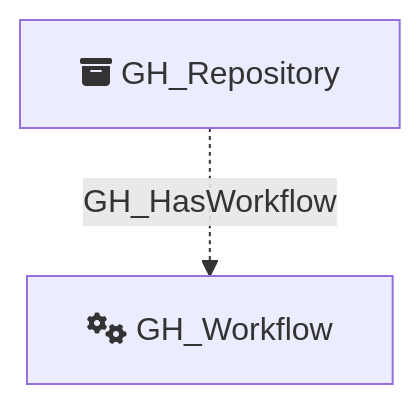
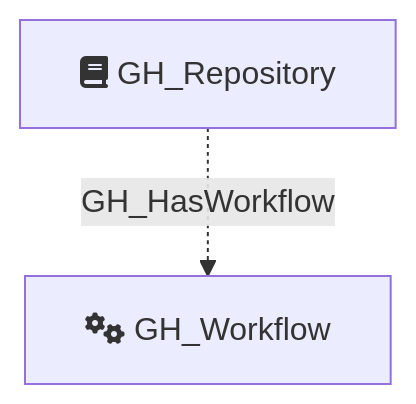
One commit to SpecterOps/GitHound changed the diagram in Documentation/NodeDescriptions/GH_Workflow.md. Above: the diagram before and after it, drawn with Mermaid. The commit also changed 41 other files, not shown here.

Commit message:
Add workflow parser, node/edge docs, icons, and schema updates

````diff
--- a/Documentation/NodeDescriptions/GH_Workflow.md
+++ b/Documentation/NodeDescriptions/GH_Workflow.md
@@ -28,8 +28,8 @@
 ```mermaid
 flowchart TD
     GH_Workflow[fa:fa-cogs GH_Workflow]
-    GH_Repository[fa:fa-box-archive GH_Repository]
+    GH_Repository[fa:fa-book GH_Repository]
 
 
     GH_Repository -.->|GH_HasWorkflow| GH_Workflow
 ```
````
